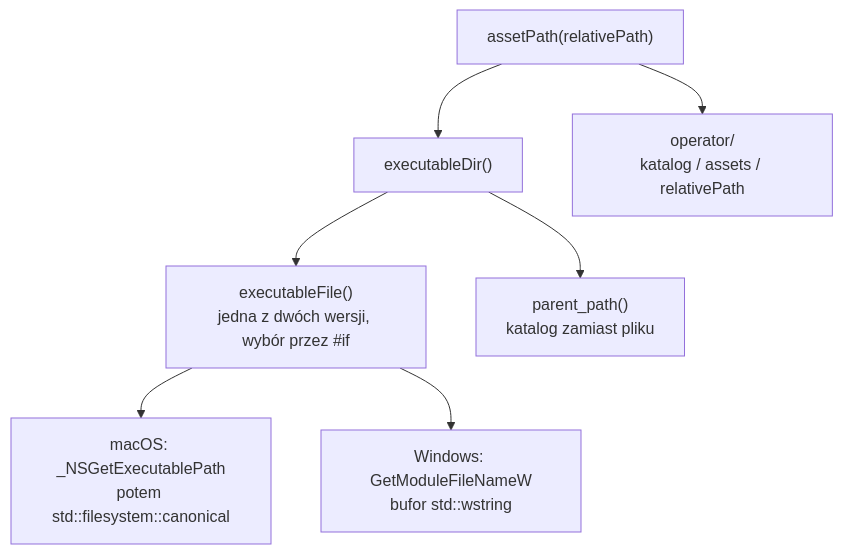
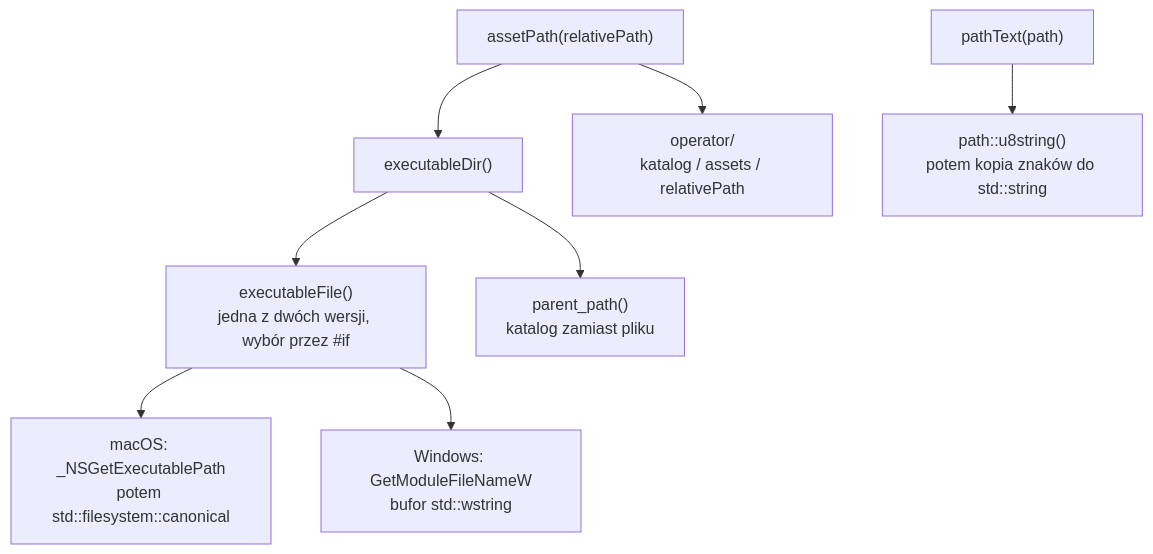
Before and after one commit to Shironex/night-maze: the diagram in docs/modules/core/paths.md, drawn with Mermaid. The commit also changed other lines of this file and 22 other files, not shown here.

````diff
--- a/docs/modules/core/paths.md
+++ b/docs/modules/core/paths.md
@@ -110,9 +112,10 @@
 ```mermaid
 flowchart TD
     Asset["assetPath(relativePath)"] --> Dir["executableDir()"]
     Dir --> File["executableFile()<br/>jedna z dwóch wersji, wybór przez #if"]
     File --> Mac["macOS: _NSGetExecutablePath<br/>potem std::filesystem::canonical"]
     File --> Win["Windows: GetModuleFileNameW<br/>bufor std::wstring"]
     Dir --> Parent["parent_path()<br/>katalog zamiast pliku"]
     Asset --> Join["operator/<br/>katalog / assets / relativePath"]
+    Text["pathText(path)"] --> U8["path::u8string()<br/>potem kopia znaków do std::string"]
 ```
````
